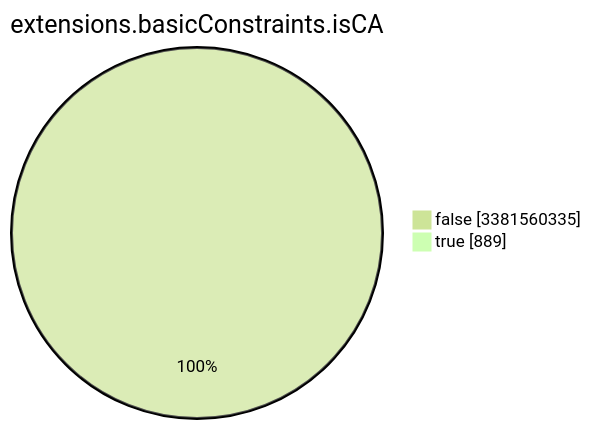
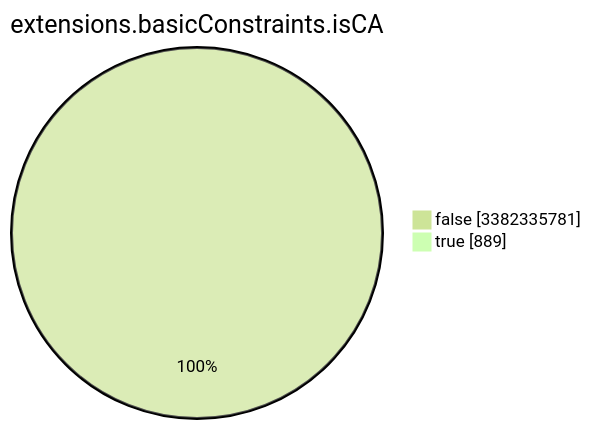
One commit to christiankrug/ctmonitor_visualization changed the seventh of 15 diagrams in TOTAL/README.md. Above: the diagram before and after it, drawn with Mermaid (forest theme). The commit also changed other lines of this file, not shown here.

````diff
--- a/TOTAL/README.md
+++ b/TOTAL/README.md
@@ -3090,6 +3090,6 @@
 ```mermaid
 pie showData
 title extensions.basicConstraints.isCA
-"false" :3381560335
+"false" :3382335781
 "true" :889
 ```
````
